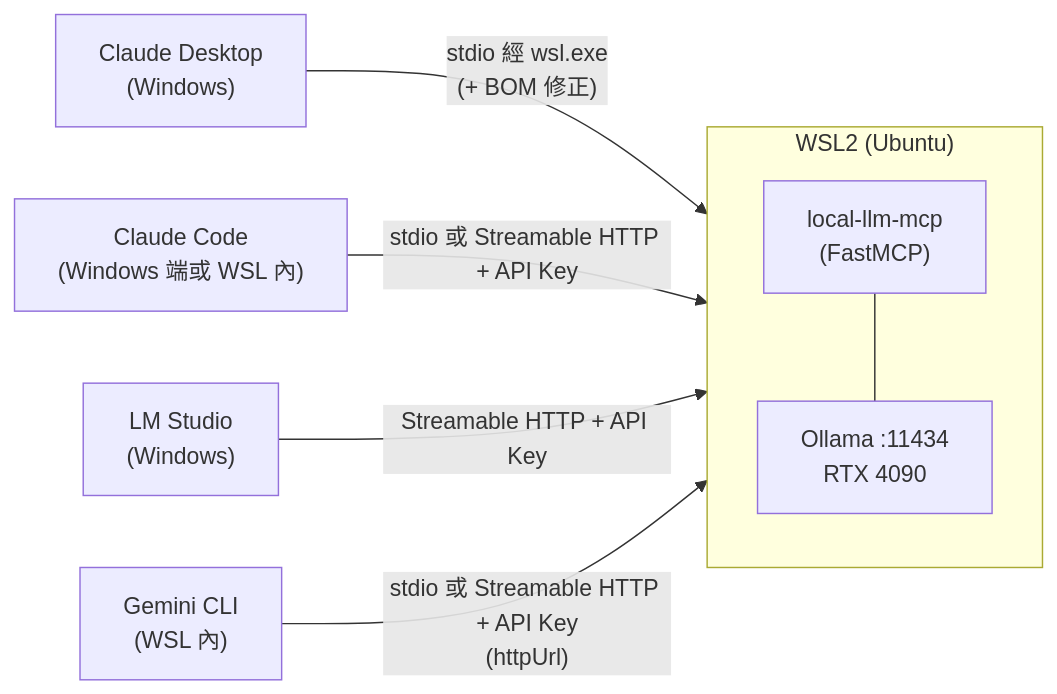
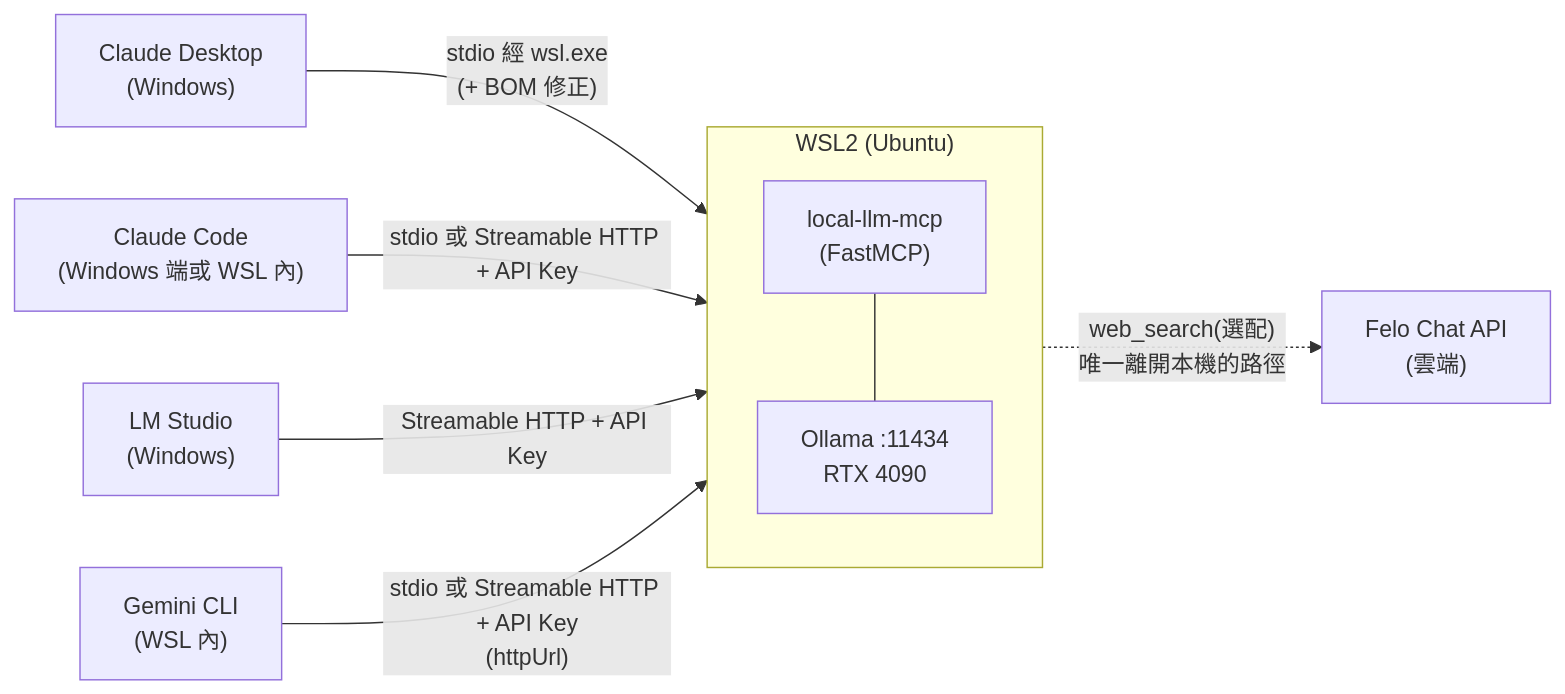
The diagram in README.md (kuotunyu/local-llm-mcp), drawn with Mermaid before and after one commit. The commit also changed other lines of this file and 6 other files, not shown here.

First line of the commit message:
Add web_search tool: hybrid privacy routing via Felo Chat API

````diff
--- a/README.md
+++ b/README.md
@@ -33,14 +33,15 @@
 ```mermaid
 flowchart LR
     subgraph WSL["WSL2 (Ubuntu)"]
         direction TB
         Server["local-llm-mcp<br/>(FastMCP)"]
         Ollama["Ollama :11434<br/>RTX 4090"]
         Server --- Ollama
     end
 
     CD["Claude Desktop<br/>(Windows)"] -->|"stdio 經 wsl.exe<br/>(+ BOM 修正)"| Server
     CC["Claude Code<br/>(Windows 端或 WSL 內)"] -->|"stdio 或 Streamable HTTP + API Key"| Server
     LMS["LM Studio<br/>(Windows)"] -->|"Streamable HTTP + API Key"| Server
     GC["Gemini CLI<br/>(WSL 內)"] -->|"stdio 或 Streamable HTTP + API Key<br/>(httpUrl)"| Server
+    Server -.->|"web_search(選配)<br/>唯一離開本機的路徑"| Felo["Felo Chat API<br/>(雲端)"]
 ```
````
